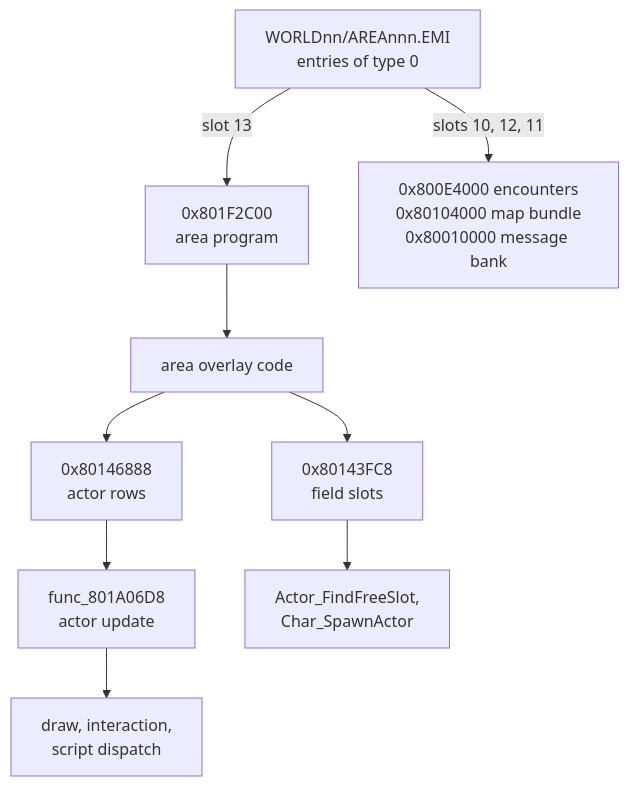
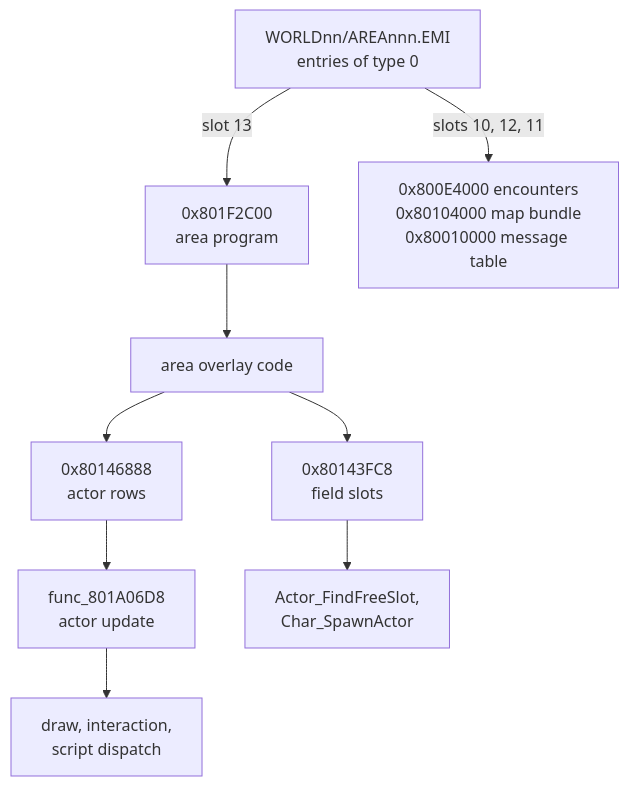
The diagram in src/content/docs/data/field.md (raulcorreia7/bof3-wiki), drawn with Mermaid before and after one commit. The commit also changed other lines of this file and 36 other files, not shown here.

````diff
--- a/src/content/docs/data/field.md
+++ b/src/content/docs/data/field.md
@@ -33,11 +33,11 @@
 ```mermaid
 flowchart TD
     A["WORLDnn/AREAnnn.EMI<br/>entries of type 0"] -->|"slot 13"| B["0x801F2C00<br/>area program"]
-    A -->|"slots 10, 12, 11"| X["0x800E4000 encounters<br/>0x80104000 map bundle<br/>0x80010000 message bank"]
+    A -->|"slots 10, 12, 11"| X["0x800E4000 encounters<br/>0x80104000 map bundle<br/>0x80010000 message table"]
     B --> F["area overlay code"]
     F --> G["0x80146888<br/>actor rows"]
     F --> H["0x80143FC8<br/>field slots"]
     G --> I["func_801A06D8<br/>actor update"]
     H --> J["Actor_FindFreeSlot,<br/>Char_SpawnActor"]
     I --> K["draw, interaction,<br/>script dispatch"]
 ```
````
